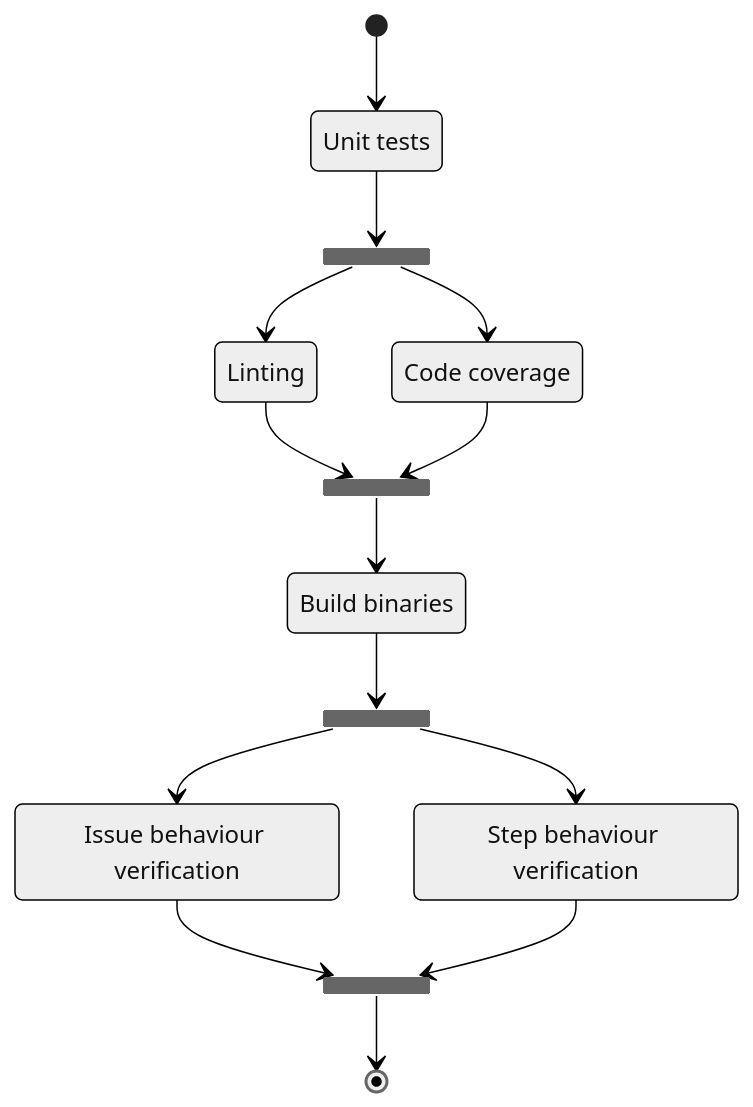
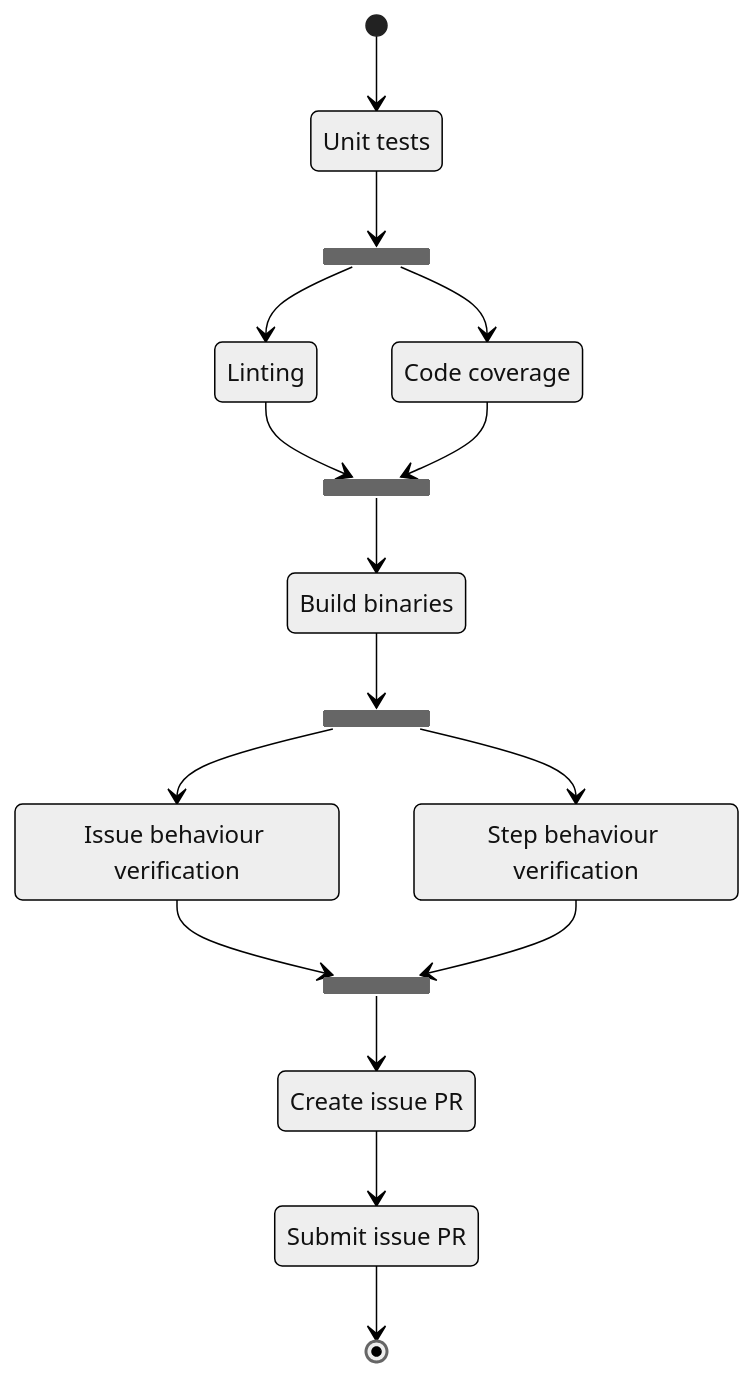
The sixth of 10 diagrams in docs/factory_pipelines.md (ContinuousEngineeringProject/ContinuousEngineeringProject.github.io), drawn with Mermaid (neutral theme) before and after one commit. The commit also changed other lines of this file, not shown here.

Commit message:
docs(pipeline): refactor issue branch & PR

````diff
--- a/docs/factory_pipelines.md
+++ b/docs/factory_pipelines.md
@@ -101,28 +103,32 @@
 ```mermaid
 stateDiagram-v2
   s1 : Unit tests
   s2 : Linting
   s3 : Code coverage
   s4 : Build binaries
   s5 : Issue behaviour verification
   s6 : Step behaviour verification
+  s7 : Create issue PR
+  s8 : Submit issue PR
   
   state f1 <<fork>>
   state j1 <<join>>
   state f2 <<fork>>
   state j2 <<join>>
   
   [*] --> s1
   s1 --> f1
   f1 --> s2
   f1 --> s3
   s2 --> j1
   s3 --> j1
   j1 --> s4
   s4 --> f2
   f2 --> s5
   f2 --> s6
   s5 --> j2
   s6 --> j2
-  j2 --> [*]
+  j2 --> s7
+  s7 --> s8
+  s8 --> [*]
 ```
````
